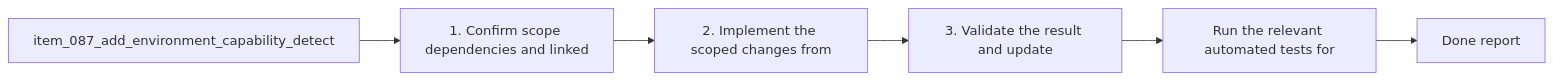
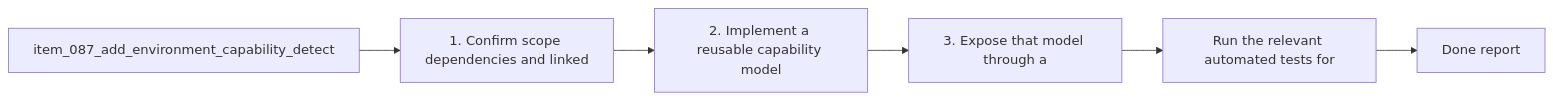
Before and after one commit to AlexAgo83/logics-manager: the diagram in logics/tasks/task_081_add_environment_capability_detection_for_read_only_workflow_and_bootstrap_modes.md, drawn with Mermaid. The commit also changed other lines of this file and 481 other files, not shown here.

````diff
--- a/logics/tasks/task_081_add_environment_capability_detection_for_read_only_workflow_and_bootstrap_modes.md
+++ b/logics/tasks/task_081_add_environment_capability_detection_for_read_only_workflow_and_bootstrap_modes.md
@@ -20,10 +21,10 @@
 ```mermaid
 %% logics-kind: task
 %% logics-signature: task|add-environment-capability-detection-for|item-087-add-environment-capability-dete|1-confirm-scope-dependencies-and-linked|run-the-relevant-automated-tests-for
 flowchart LR
     Backlog[item_087_add_environment_capability_detect] --> Step1[1. Confirm scope dependencies and linked]
-    Step1 --> Step2[2. Implement the scoped changes from]
-    Step2 --> Step3[3. Validate the result and update]
+    Step1 --> Step2[2. Implement a reusable capability model]
+    Step2 --> Step3[3. Expose that model through a]
     Step3 --> Validation[Run the relevant automated tests for]
     Validation --> Report[Done report]
 ```
````
